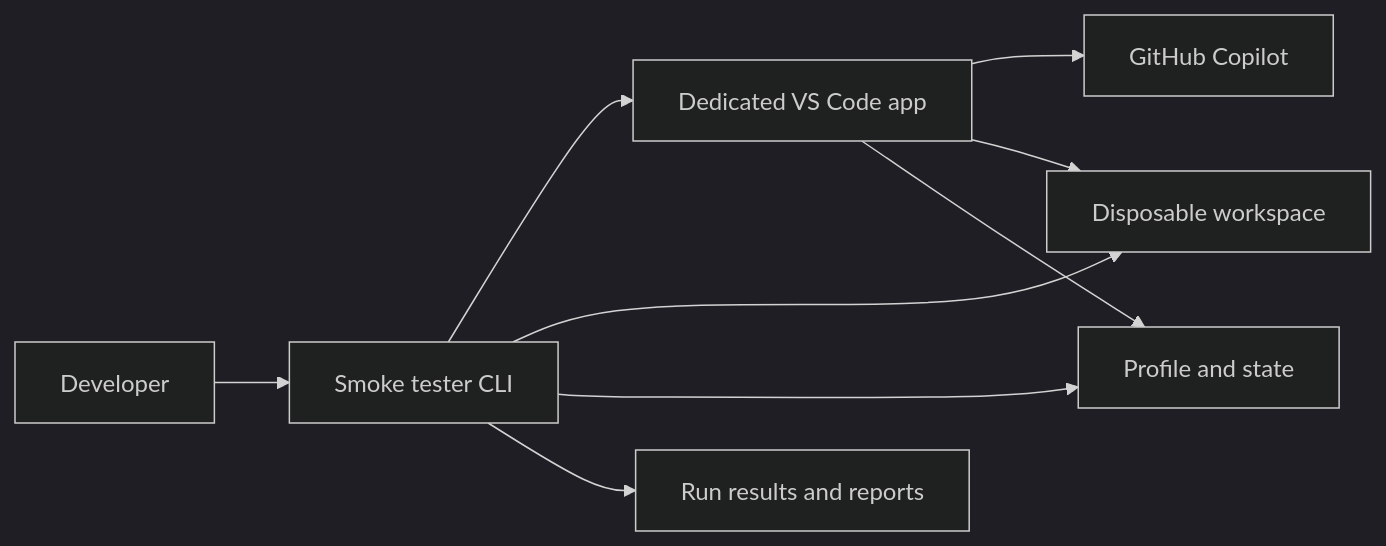
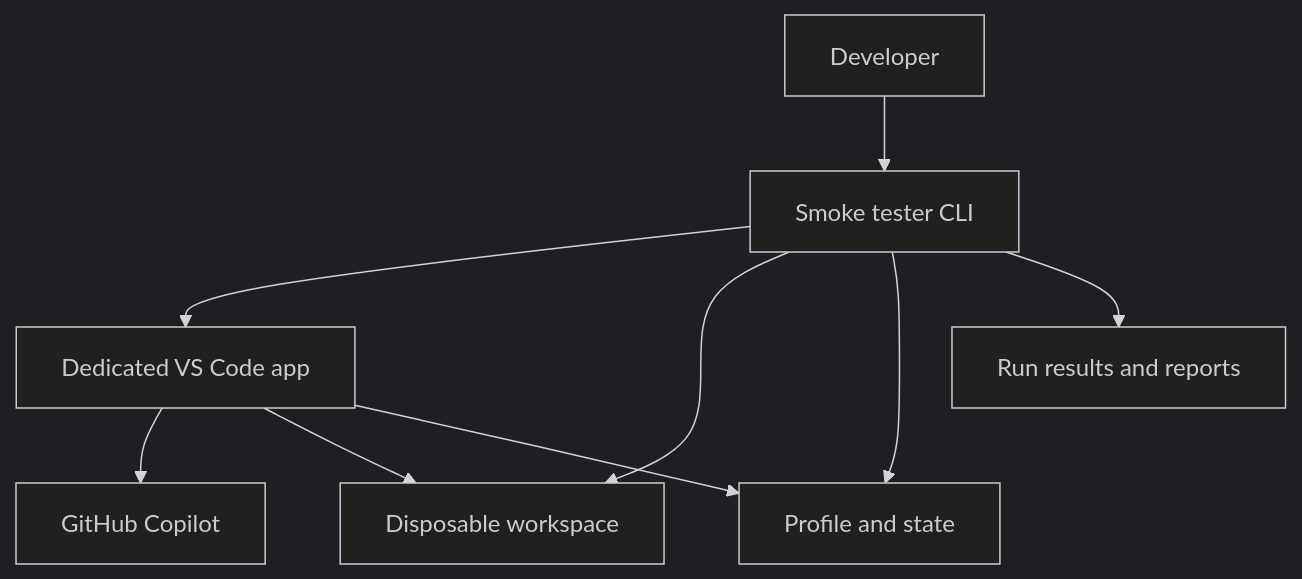
Before and after one commit to jimthompson5802/ide-tester: the first of 6 diagrams in architectures/smoke-solution-design.md, drawn with Mermaid (dark theme). The commit also changed other lines of this file and 1 other file, not shown here.

Commit message:
docs(architecture): add smoke diagram to README

````diff
--- a/architectures/smoke-solution-design.md
+++ b/architectures/smoke-solution-design.md
@@ -14,11 +14,11 @@
 ```mermaid
-flowchart LR
+flowchart TB
     D[Developer] --> S[Smoke tester CLI]
     S --> V[Dedicated VS Code app]
     V --> G[GitHub Copilot]
     S --> W[Disposable workspace]
     S --> P[Profile and state]
     S --> R[Run results and reports]
     V --> W
     V --> P
 ```
````
